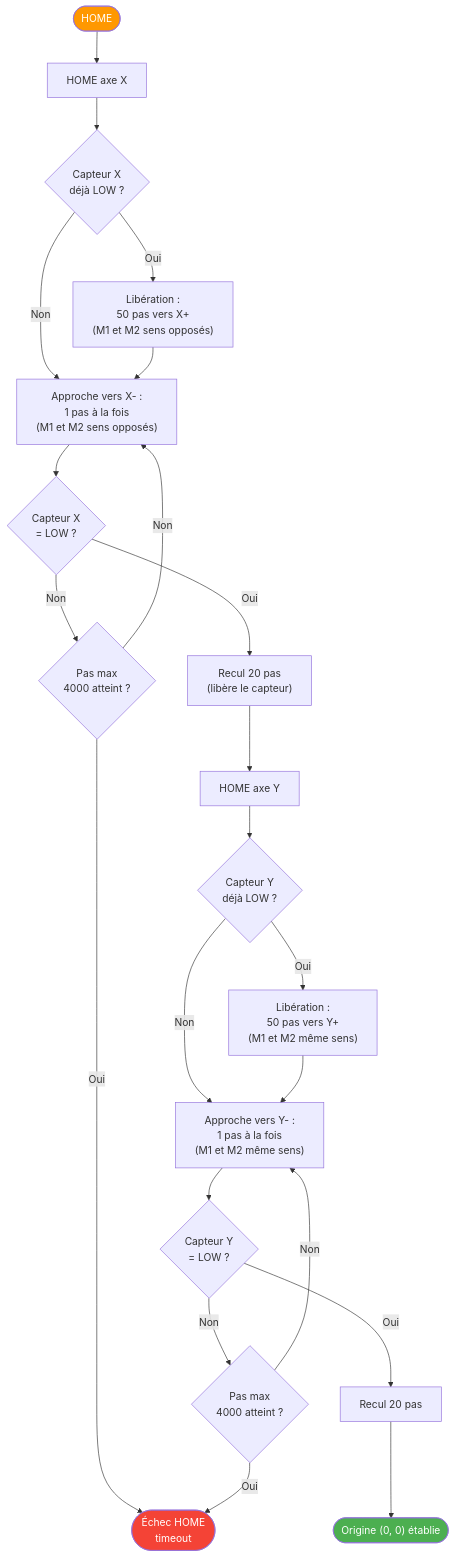
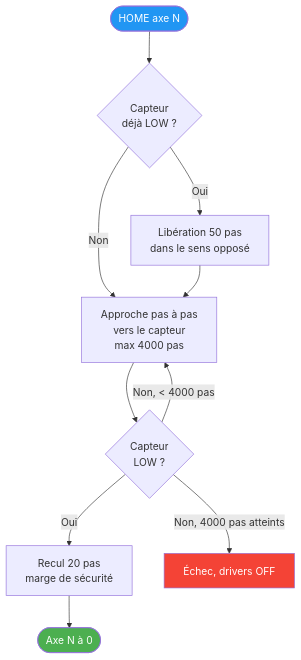
One commit to Silou1/Projet_mecatronique_I3 changed the second of 4 diagrams in docs/flowcharts/05_firmware_esp32.md. Above: the diagram before and after it, drawn with Mermaid. The commit also changed other lines of this file and 20 other files, not shown here.

````diff
--- a/docs/flowcharts/05_firmware_esp32.md
+++ b/docs/flowcharts/05_firmware_esp32.md
@@ -70,35 +59,19 @@
 ```mermaid
 flowchart TD
-    HOME_START(["HOME"]) --> AXE_X["HOME axe X"]
+    START([HOME axe N]) --> CHECK{Capteur<br/>déjà LOW ?}
+    CHECK -->|Oui| FREE[Libération 50 pas<br/>dans le sens opposé]
+    CHECK -->|Non| APPROACH
+    FREE --> APPROACH
 
-    AXE_X --> X_PRECHK{"Capteur X<br/>déjà LOW ?"}
-    X_PRECHK -->|Oui| X_FREE["Libération :<br/>50 pas vers X+<br/>(M1 et M2 sens opposés)"]
-    X_PRECHK -->|Non| X_APPROACH
-    X_FREE --> X_APPROACH
+    APPROACH[Approche pas à pas<br/>vers le capteur<br/>max 4000 pas]
+    APPROACH --> TOUCHED{Capteur<br/>LOW ?}
+    TOUCHED -->|Non, < 4000 pas| APPROACH
+    TOUCHED -->|Oui| BACK[Recul 20 pas<br/>marge de sécurité]
+    TOUCHED -->|Non, 4000 pas atteints| FAIL[Échec, drivers OFF]
 
-    X_APPROACH["Approche vers X- :<br/>1 pas à la fois<br/>(M1 et M2 sens opposés)"]
-    X_APPROACH --> X_READ{"Capteur X<br/>= LOW ?"}
-    X_READ -->|Non| X_LIMIT{"Pas max<br/>4000 atteint ?"}
-    X_LIMIT -->|Non| X_APPROACH
-    X_LIMIT -->|Oui| HOME_FAIL(["Échec HOME<br/>timeout"])
-    X_READ -->|Oui| X_BACK["Recul 20 pas<br/>(libère le capteur)"]
-    X_BACK --> AXE_Y
+    BACK --> OK([Axe N à 0])
 
-    AXE_Y["HOME axe Y"]
-    AXE_Y --> Y_PRECHK{"Capteur Y<br/>déjà LOW ?"}
-    Y_PRECHK -->|Oui| Y_FREE["Libération :<br/>50 pas vers Y+<br/>(M1 et M2 même sens)"]
-    Y_PRECHK -->|Non| Y_APPROACH
-    Y_FREE --> Y_APPROACH
-
-    Y_APPROACH["Approche vers Y- :<br/>1 pas à la fois<br/>(M1 et M2 même sens)"]
-    Y_APPROACH --> Y_READ{"Capteur Y<br/>= LOW ?"}
-    Y_READ -->|Non| Y_LIMIT{"Pas max<br/>4000 atteint ?"}
-    Y_LIMIT -->|Non| Y_APPROACH
-    Y_LIMIT -->|Oui| HOME_FAIL
-    Y_READ -->|Oui| Y_BACK["Recul 20 pas"]
-    Y_BACK --> ORIGIN(["Origine (0, 0) établie"])
-
-    style HOME_START fill:#FF9800,color:#fff
-    style ORIGIN fill:#4CAF50,color:#fff
-    style HOME_FAIL fill:#f44336,color:#fff
+    style START fill:#2196F3,color:#fff
+    style OK fill:#4CAF50,color:#fff
+    style FAIL fill:#f44336,color:#fff
 ```
````
